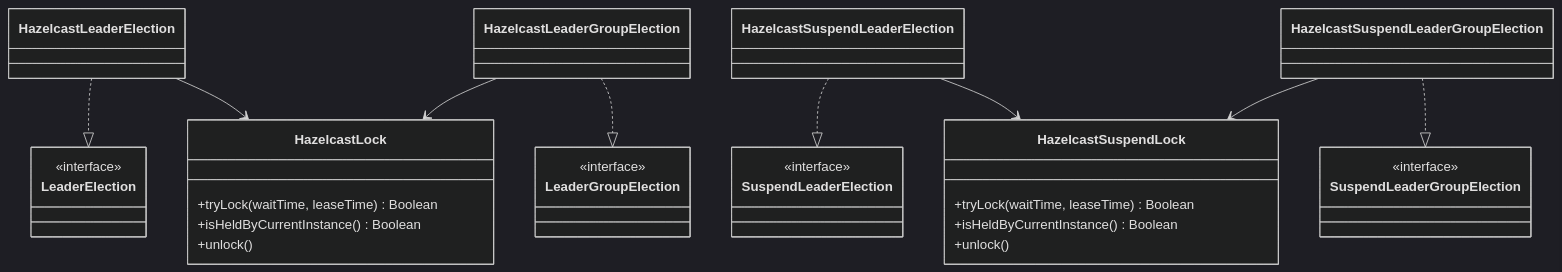
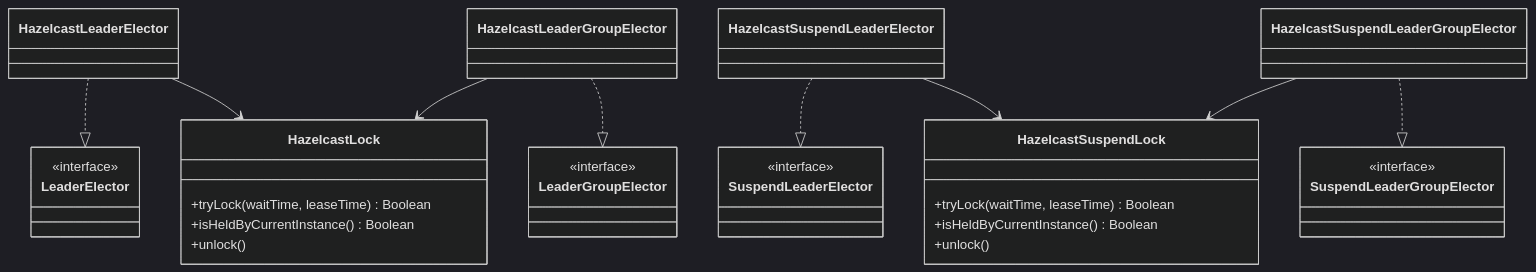
One commit to bluetape4k/bluetape4k-leader changed the first of 3 diagrams in leader-hazelcast/README.ko.md. Above: the diagram before and after it, drawn with Mermaid (dark theme). The commit also changed other lines of this file and 79 other files, not shown here.

First line of the commit message:
docs: #100 LeaderElection → LeaderElector 문서 일괄 업데이트 (#123)

````diff
--- a/leader-hazelcast/README.ko.md
+++ b/leader-hazelcast/README.ko.md
@@ -23,28 +23,28 @@
 ```mermaid
 classDiagram
-    class LeaderElection { <<interface>> }
-    class LeaderGroupElection { <<interface>> }
-    class SuspendLeaderElection { <<interface>> }
-    class SuspendLeaderGroupElection { <<interface>> }
+    class LeaderElector { <<interface>> }
+    class LeaderGroupElector { <<interface>> }
+    class SuspendLeaderElector { <<interface>> }
+    class SuspendLeaderGroupElector { <<interface>> }
 
     class HazelcastLock {
         +tryLock(waitTime, leaseTime) Boolean
         +isHeldByCurrentInstance() Boolean
         +unlock()
     }
     class HazelcastSuspendLock {
         +tryLock(waitTime, leaseTime) Boolean
         +isHeldByCurrentInstance() Boolean
         +unlock()
     }
 
-    HazelcastLeaderElection ..|> LeaderElection
-    HazelcastLeaderGroupElection ..|> LeaderGroupElection
-    HazelcastSuspendLeaderElection ..|> SuspendLeaderElection
-    HazelcastSuspendLeaderGroupElection ..|> SuspendLeaderGroupElection
+    HazelcastLeaderElector ..|> LeaderElector
+    HazelcastLeaderGroupElector ..|> LeaderGroupElector
+    HazelcastSuspendLeaderElector ..|> SuspendLeaderElector
+    HazelcastSuspendLeaderGroupElector ..|> SuspendLeaderGroupElector
 
-    HazelcastLeaderElection --> HazelcastLock
-    HazelcastLeaderGroupElection --> HazelcastLock
-    HazelcastSuspendLeaderElection --> HazelcastSuspendLock
-    HazelcastSuspendLeaderGroupElection --> HazelcastSuspendLock
+    HazelcastLeaderElector --> HazelcastLock
+    HazelcastLeaderGroupElector --> HazelcastLock
+    HazelcastSuspendLeaderElector --> HazelcastSuspendLock
+    HazelcastSuspendLeaderGroupElector --> HazelcastSuspendLock
 ```
````
